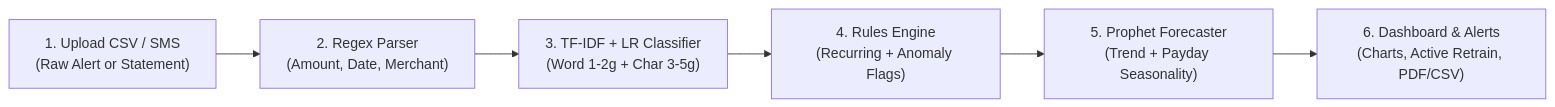
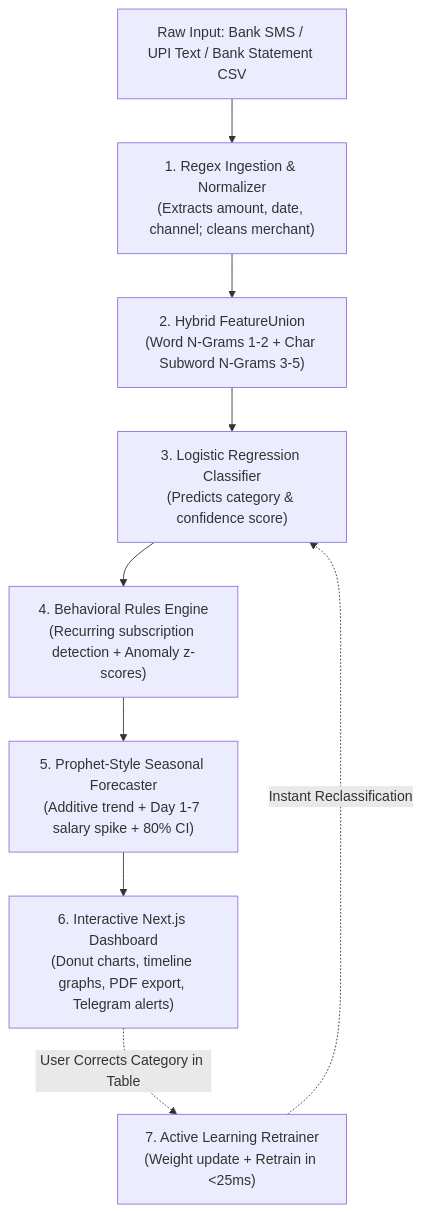
Before and after one commit to Anjelo-Sherin/ai-personal-finance-tracker: the diagram in README.md, drawn with Mermaid. The commit also changed other lines of this file and 13 other files, not shown here.

````diff
--- a/README.md
+++ b/README.md
@@ -24,8 +50,12 @@
 ```mermaid
-flowchart LR
-    A["1. Upload CSV / SMS\n(Raw Alert or Statement)"] --> B["2. Regex Parser\n(Amount, Date, Merchant)"]
-    B --> C["3. TF-IDF + LR Classifier\n(Word 1-2g + Char 3-5g)"]
-    C --> D["4. Rules Engine\n(Recurring + Anomaly Flags)"]
-    D --> E["5. Prophet Forecaster\n(Trend + Payday Seasonality)"]
-    E --> F["6. Dashboard & Alerts\n(Charts, Active Retrain, PDF/CSV)"]
+flowchart TD
+    A["Raw Input: Bank SMS / UPI Text / Bank Statement CSV"] --> B["1. Regex Ingestion & Normalizer\n(Extracts amount, date, channel; cleans merchant)"]
+    B --> C["2. Hybrid FeatureUnion\n(Word N-Grams 1-2 + Char Subword N-Grams 3-5)"]
+    C --> D["3. Logistic Regression Classifier\n(Predicts category & confidence score)"]
+    D --> E["4. Behavioral Rules Engine\n(Recurring subscription detection + Anomaly z-scores)"]
+    E --> F["5. Prophet-Style Seasonal Forecaster\n(Additive trend + Day 1-7 salary spike + 80% CI)"]
+    F --> G["6. Interactive Next.js Dashboard\n(Donut charts, timeline graphs, PDF export, Telegram alerts)"]
+    
+    G -.->|"User Corrects Category in Table"| H["7. Active Learning Retrainer\n(Weight update + Retrain in <25ms)"]
+    H -.->|"Instant Reclassification"| D
 ```
````
